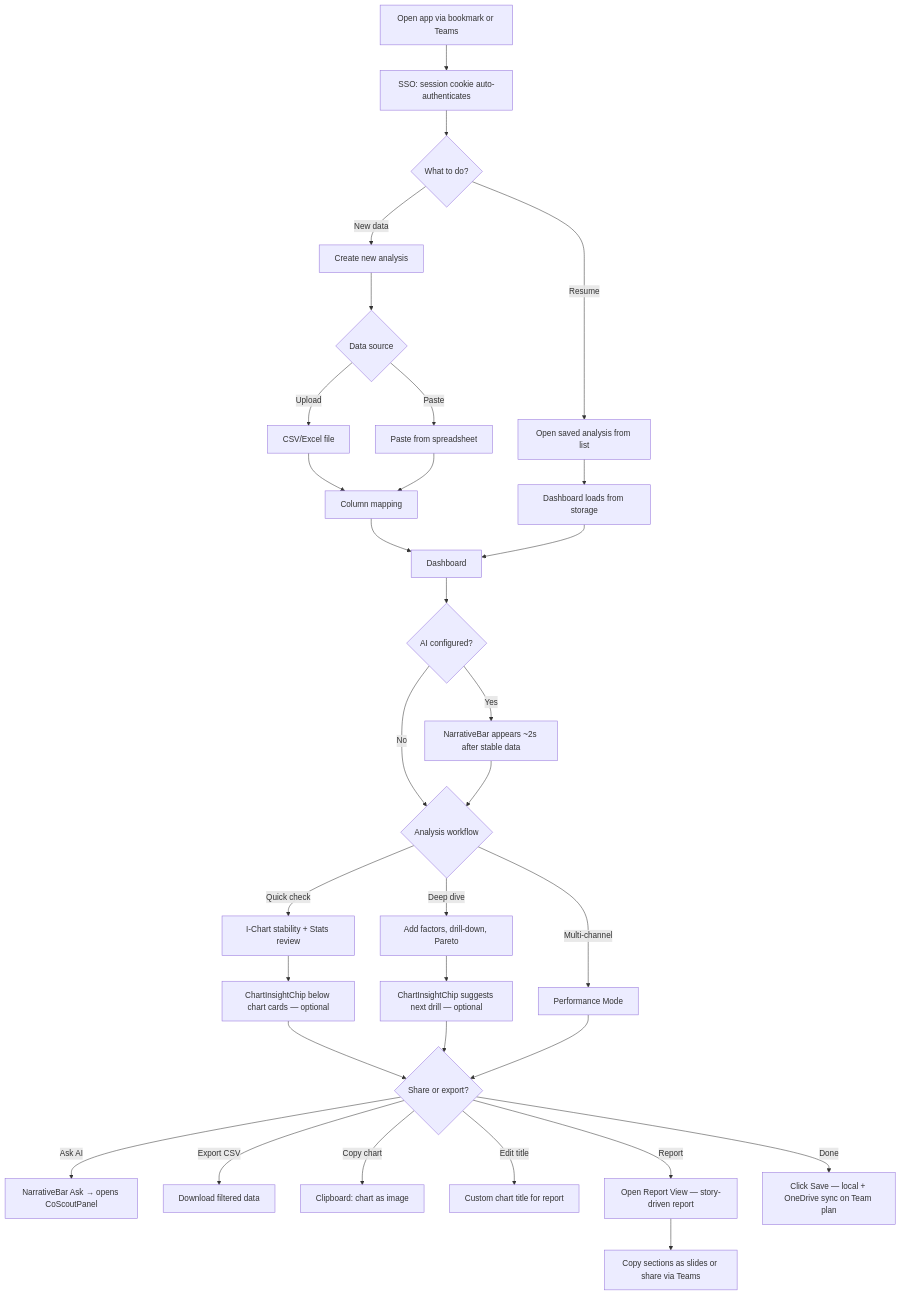
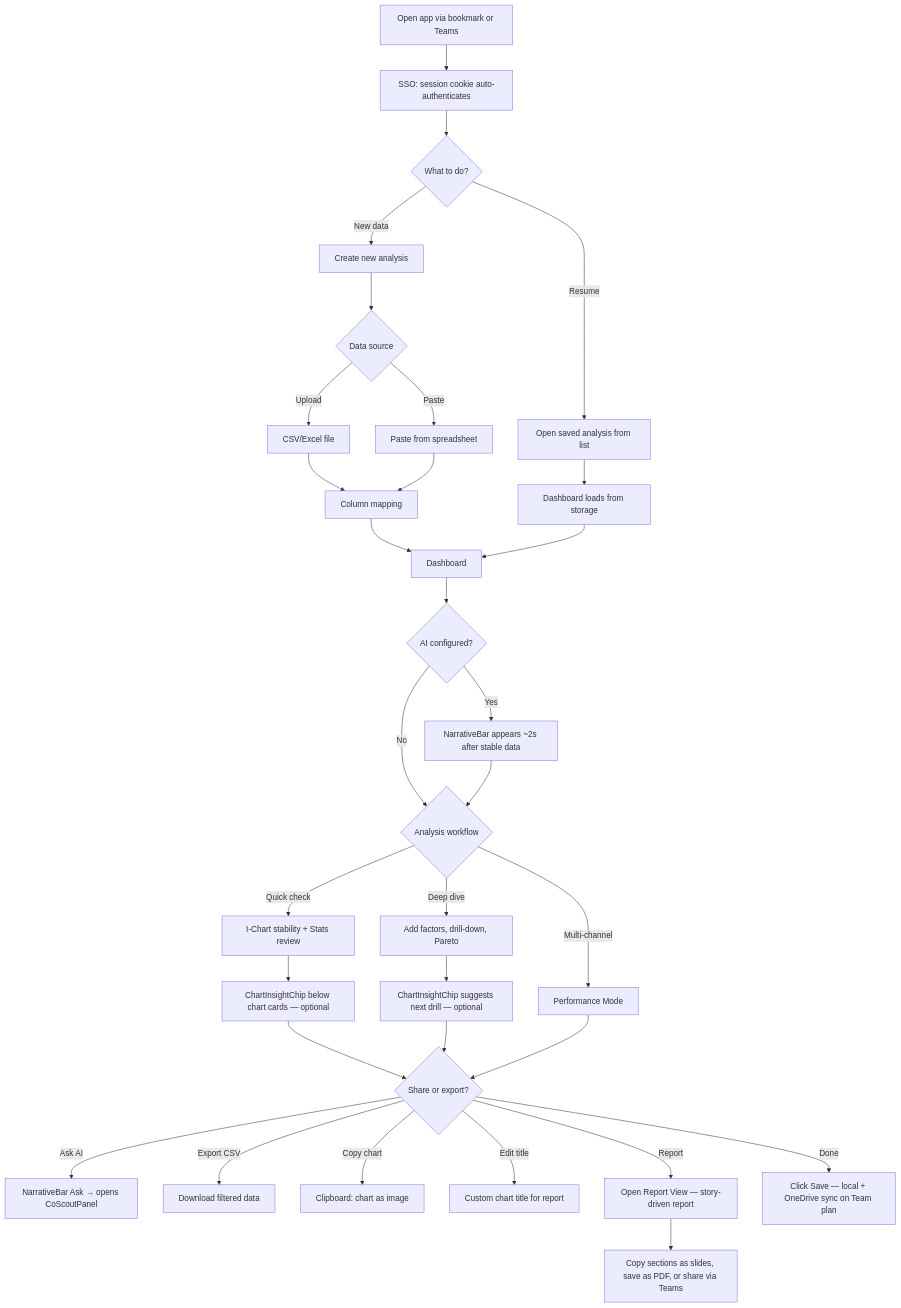
The first of 2 diagrams in docs/02-journeys/flows/azure-daily-use.md (jukka-matti/variscout), drawn with Mermaid before and after one commit. The commit also changed other lines of this file and 15 other files, not shown here.

First line of the commit message:
feat: add Save as PDF export to Report View (ADR-031)

````diff
--- a/docs/02-journeys/flows/azure-daily-use.md
+++ b/docs/02-journeys/flows/azure-daily-use.md
@@ -39,34 +39,34 @@
 ```mermaid
 flowchart TD
     A[Open app via bookmark or Teams] --> B[SSO: session cookie auto-authenticates]
     B --> C{What to do?}
     C -->|Resume| D[Open saved analysis from list]
     C -->|New data| E[Create new analysis]
     D --> F[Dashboard loads from storage]
     E --> G{Data source}
     G -->|Upload| H[CSV/Excel file]
     G -->|Paste| I[Paste from spreadsheet]
     H --> J[Column mapping]
     I --> J
     J --> K[Dashboard]
     F --> K
     K --> K2{AI configured?}
     K2 -->|Yes| K3[NarrativeBar appears ~2s after stable data]
     K2 -->|No| L
     K3 --> L{Analysis workflow}
     L -->|Quick check| M[I-Chart stability + Stats review]
     L -->|Deep dive| N[Add factors, drill-down, Pareto]
     L -->|Multi-channel| O[Performance Mode]
     M --> M2[ChartInsightChip below chart cards — optional]
     M2 --> P{Share or export?}
     N --> N2[ChartInsightChip suggests next drill — optional]
     N2 --> P
     O --> P
     P -->|Ask AI| P2[NarrativeBar Ask → opens CoScoutPanel]
     P -->|Export CSV| Q[Download filtered data]
     P -->|Copy chart| R[Clipboard: chart as image]
     P -->|Edit title| S[Custom chart title for report]
     P -->|Report| U[Open Report View — story-driven report]
-    U --> U2[Copy sections as slides or share via Teams]
+    U --> U2[Copy sections as slides, save as PDF, or share via Teams]
     P -->|Done| T[Click Save — local + OneDrive sync on Team plan]
 ```
````
